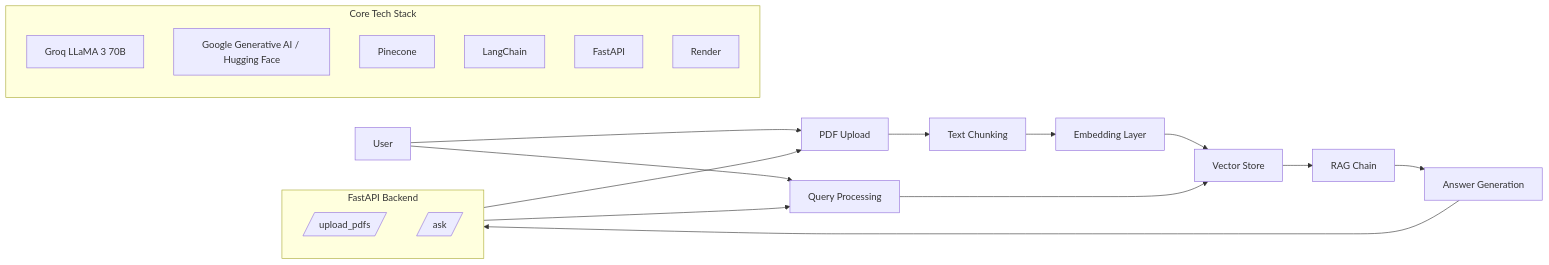
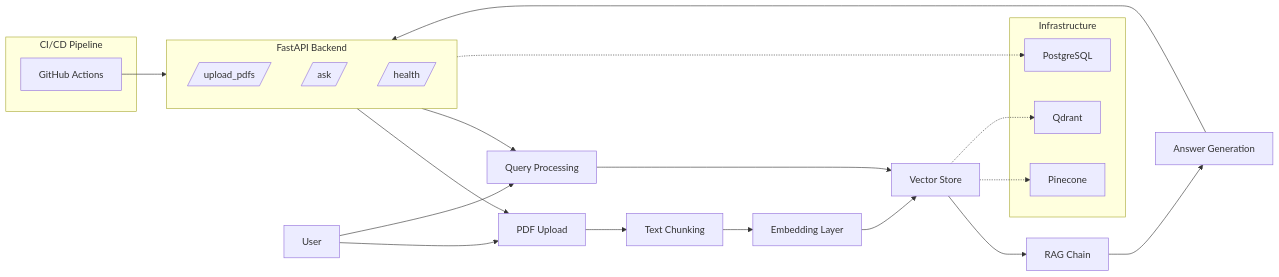
One commit to mahedjaved/MedRAGAssistant changed the diagram in ARCHITECURE.md. Above: the diagram before and after it, drawn with Mermaid. The commit also changed other lines of this file and 4 other files, not shown here.

Commit message:
[adds:test,.md] adds unit tests as well as updated architecture.md files

````diff
--- a/ARCHITECURE.md
+++ b/ARCHITECURE.md
@@ -73,30 +91,38 @@
 ```mermaid
 flowchart LR
     U[User] --> P[PDF Upload]
     P --> T[Text Chunking]
     T --> E[Embedding Layer]
     E --> V[Vector Store]
 
     U --> Q[Query Processing]
     Q --> V
     V --> R[RAG Chain]
     R --> A[Answer Generation]
 
     subgraph Backend[FastAPI Backend]
         UP[/upload_pdfs/]
         AS[/ask/]
+        H[/health/]
     end
 
     Backend --> P
     Backend --> Q
     A --> Backend
 
-    subgraph Stack[Core Tech Stack]
-        LLM[Groq LLaMA 3 70B]
-        EMB[Google Generative AI / Hugging Face]
-        VS[Pinecone]
-        RAG[LangChain]
-        API[FastAPI]
-        DEP[Render]
+    subgraph Infra[Infrastructure]
+        PC[Pinecone]
+        QD[Qdrant]
+        PG[PostgreSQL]
     end
+
+    V -.-> PC
+    V -.-> QD
+    Backend -.-> PG
+
+    subgraph CI[CI/CD Pipeline]
+        GA[GitHub Actions]
+    end
+
+    GA --> Backend
 ```
````
